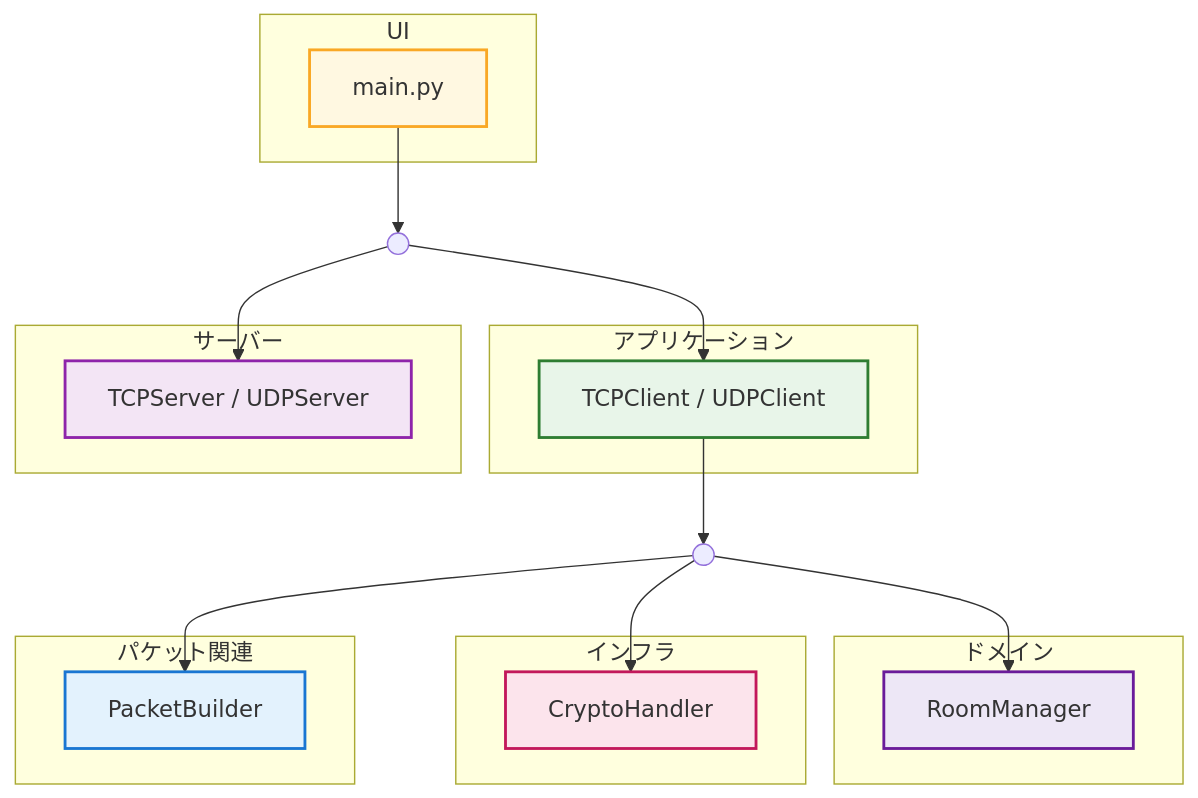
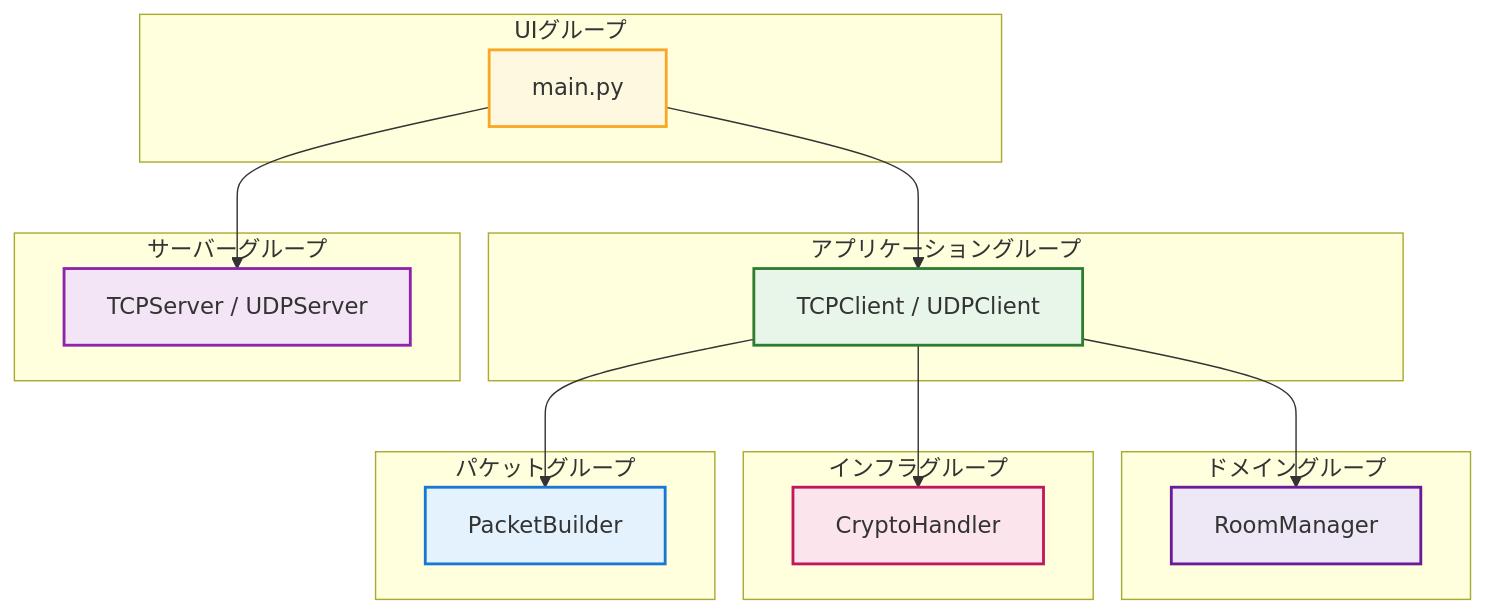
The first of 6 diagrams in README.md (BackendExplorer/Online-Chat-Service), drawn with Mermaid before and after one commit.

````diff
--- a/README.md
+++ b/README.md
@@ -1,57 +1,60 @@
 ```mermaid
 graph TD
 
 %% スタイル定義
 classDef ui fill:#fff8e1,stroke:#f9a825,stroke-width:2px
 classDef application fill:#e8f5e9,stroke:#2e7d32,stroke-width:2px
 classDef domain fill:#ede7f6,stroke:#6a1b9a,stroke-width:2px
 classDef infra fill:#fce4ec,stroke:#c2185b,stroke-width:2px
 classDef packet fill:#e3f2fd,stroke:#1976d2,stroke-width:2px
 classDef server fill:#f3e5f5,stroke:#8e24aa,stroke-width:2px
 
-%% UI層
-subgraph UIレイヤー\[UI]
-    UI["main.py"]
-    class UI ui
+%% 各ノード定義
+UI["main.py"]
+App["TCPClient / UDPClient"]
+Server["TCPServer / UDPServer"]
+Domain["RoomManager"]
+Infra["CryptoHandler"]
+Packet["PacketBuilder"]
+
+%% 親グループ
+subgraph UIグループ
+  UI
 end
 
-%% アプリケーション層
-subgraph アプリケーションレイヤー\[アプリケーション]
-    App["TCPClient / UDPClient"]
-    class App application
+subgraph アプリケーショングループ
+  App
 end
 
-%% ドメイン層
-subgraph ドメインレイヤー\[ドメイン]
-    Domain["RoomManager"]
-    class Domain domain
+subgraph サーバーグループ
+  Server
 end
 
-%% インフラ層
-subgraph インフラレイヤー\[インフラ]
-    Infra["CryptoHandler"]
-    class Infra infra
+subgraph ドメイングループ
+  Domain
 end
 
-%% パケット生成
-subgraph パケット処理\[パケット関連]
-    Packet["PacketBuilder"]
-    class Packet packet
+subgraph インフラグループ
+  Infra
 end
 
-%% サーバー層
-subgraph サーバー処理\[サーバー]
-    Server["TCPServer / UDPServer"]
-    class Server server
+subgraph パケットグループ
+  Packet
 end
 
-%% ダミーノードでレイアウト調整
-UI --> M1(( ))
-M1 --> App
-M1 --> Server
-App --> M2(( ))
-M2 --> Domain
-M2 --> Infra
-M2 --> Packet
+%% スタイル適用
+class UI ui
+class App application
+class Server server
+class Domain domain
+class Infra infra
+class Packet packet
+
+%% 接続関係
+UI --> App
+UI --> Server
+App --> Domain
+App --> Infra
+App --> Packet
 
 ```
````
